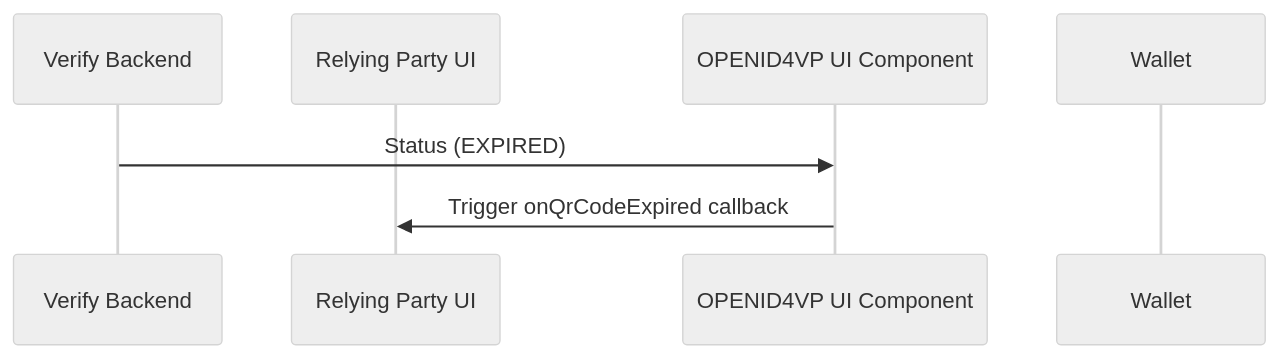
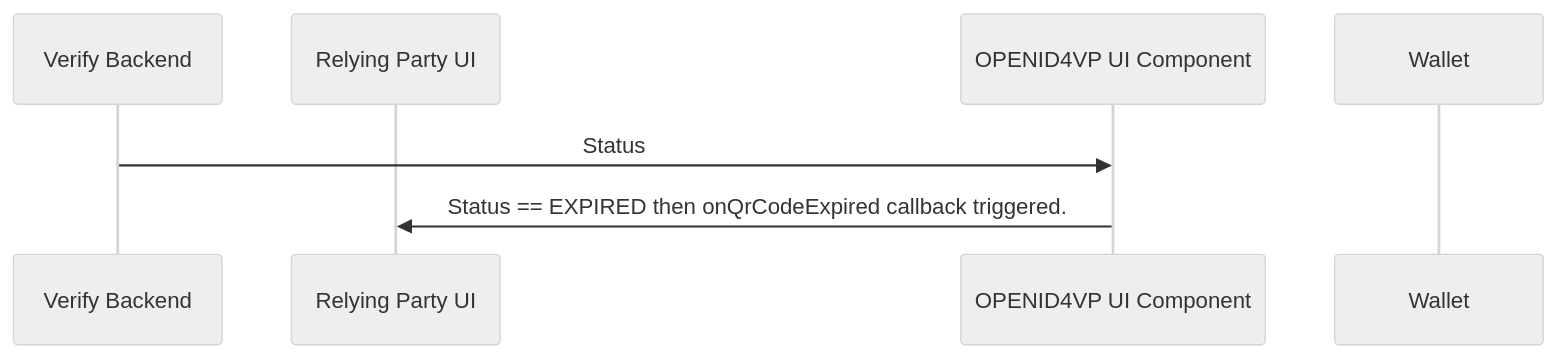
One commit to mosip/documentation changed the third of 8 diagrams in docs/inji-verify/functional-overview/workflow.md. Above: the diagram before and after it, drawn with Mermaid (neutral theme). The commit also changed other lines of this file and 4 other files, not shown here.

````diff
--- a/docs/inji-verify/functional-overview/workflow.md
+++ b/docs/inji-verify/functional-overview/workflow.md
@@ -238,10 +208,11 @@
 ```mermaid
 sequenceDiagram
-  participant Verify Backend
-  participant Relying Party UI
-  participant OPENID4VP UI Component
-  participant Wallet
+    participant Verify Backend
+    participant Relying Party UI
+    participant OPENID4VP UI Component
+    participant Wallet
 
-  Verify Backend->>OPENID4VP UI Component: Status (EXPIRED)
-  OPENID4VP UI Component->>Relying Party UI: Trigger onQrCodeExpired callback
+
+    Verify Backend->>OPENID4VP UI Component: Status
+    OPENID4VP UI Component->>Relying Party UI: Status == EXPIRED then onQrCodeExpired callback triggered.
 ```
````
